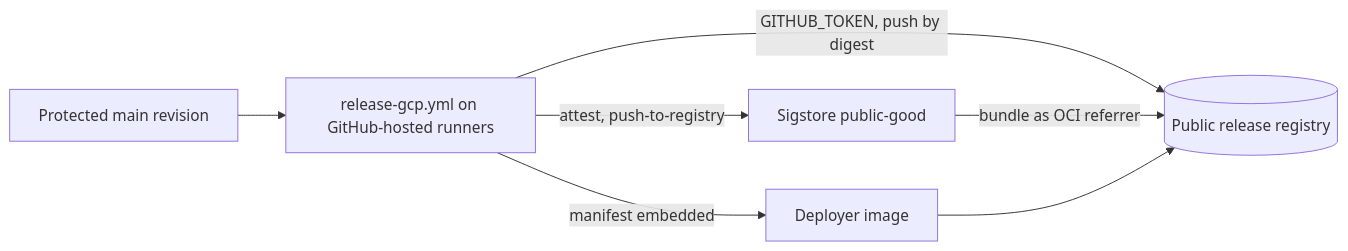
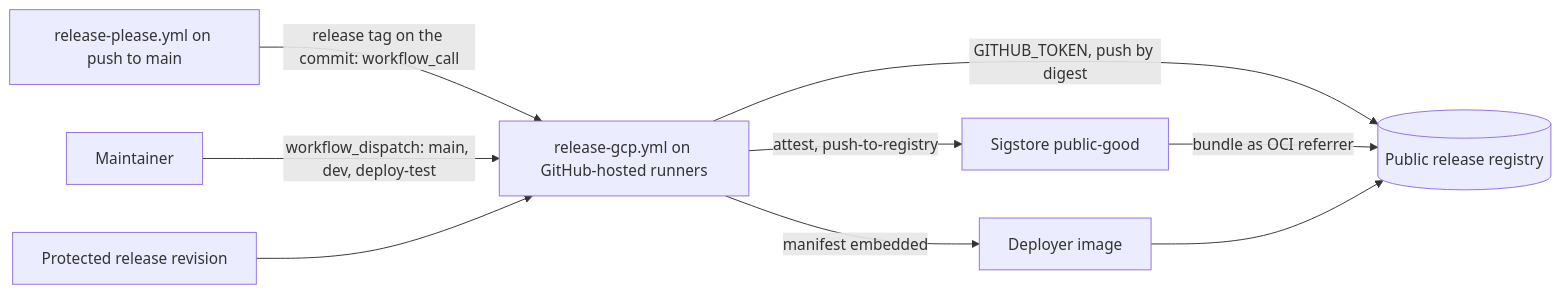
One commit to Brad-Edwards/bigrae changed the first of 6 diagrams in docs/architecture/github-less-gcp-deployment-design-2571.md. Above: the diagram before and after it, drawn with Mermaid. The commit also changed other lines of this file and 24 other files, not shown here.

Commit message:
feat(release): publish the GCP release for each Release Please release and complete the OpenRAE move

````diff
--- a/docs/architecture/github-less-gcp-deployment-design-2571.md
+++ b/docs/architecture/github-less-gcp-deployment-design-2571.md
@@ -366,9 +406,11 @@
 ```mermaid
 flowchart LR
-  src[Protected main revision] --> wf[release-gcp.yml on GitHub-hosted runners]
+  rp[release-please.yml on push to main] -->|release tag on the commit: workflow_call| wf
+  mt[Maintainer] -->|workflow_dispatch: main, dev, deploy-test| wf
+  src[Protected release revision] --> wf[release-gcp.yml on GitHub-hosted runners]
   wf -->|GITHUB_TOKEN, push by digest| reg[(Public release registry)]
   wf -->|attest, push-to-registry| sig[Sigstore public-good]
   sig -->|bundle as OCI referrer| reg
   wf -->|manifest embedded| dep[Deployer image]
   dep --> reg
 ```
````
